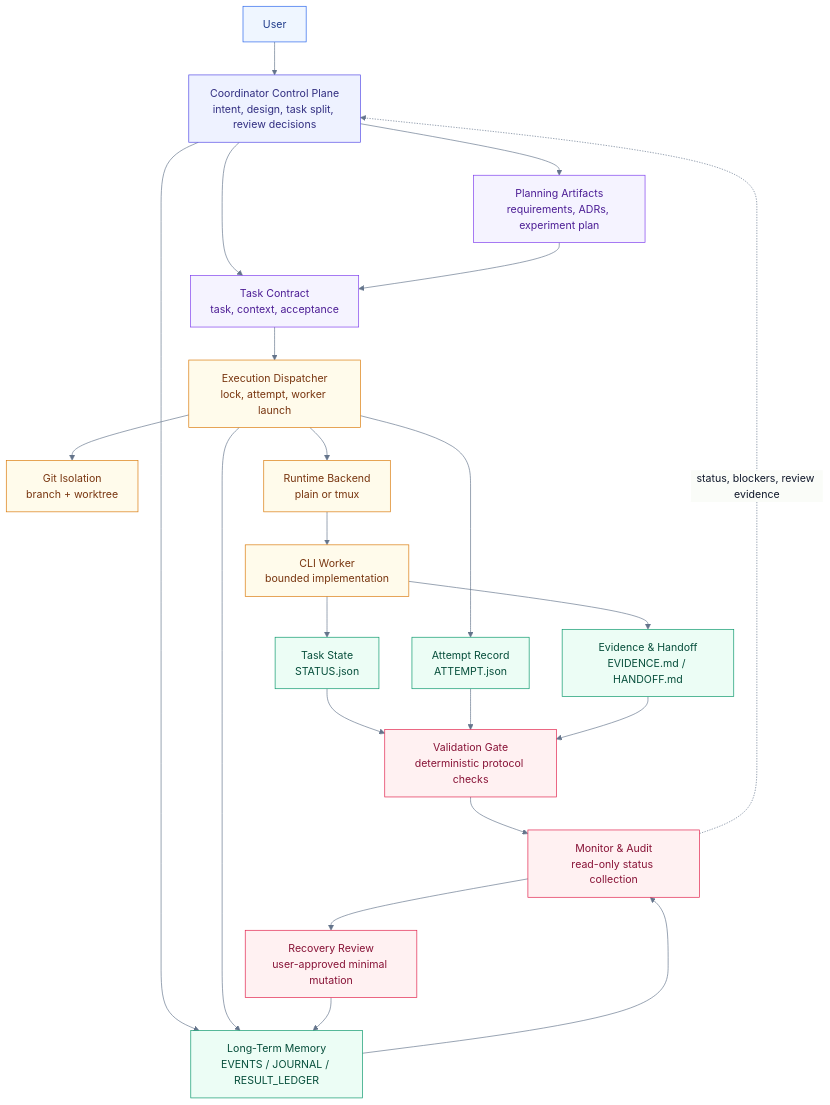
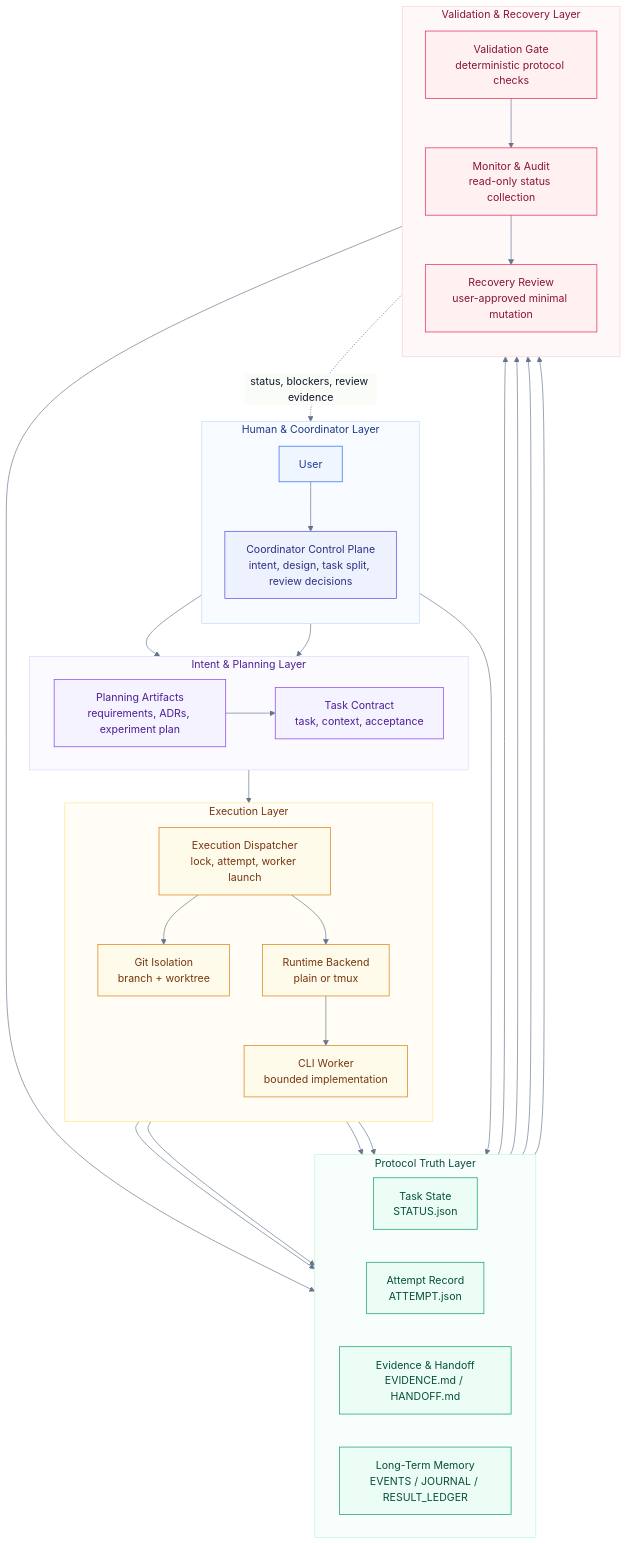
The first of 2 diagrams in README.md (LKCY23/research-dev-orchestrator), drawn with Mermaid before and after one commit.

Commit message:
Group README architecture diagram by layer

````diff
--- a/README.md
+++ b/README.md
@@ -56,48 +56,73 @@
 ```mermaid
 %%{init: {"theme":"base","themeVariables":{"fontFamily":"Inter, ui-sans-serif, system-ui","primaryColor":"#f8fafc","primaryTextColor":"#0f172a","primaryBorderColor":"#cbd5e1","lineColor":"#64748b","tertiaryColor":"#ffffff"}}}%%
 flowchart TB
-  U["User"]:::human
-  C["Coordinator Control Plane<br/>intent, design, task split, review decisions"]:::coord
-  P["Planning Artifacts<br/>requirements, ADRs, experiment plan"]:::planning
-  T["Task Contract<br/>task, context, acceptance"]:::planning
-  D["Execution Dispatcher<br/>lock, attempt, worker launch"]:::exec
-  G["Git Isolation<br/>branch + worktree"]:::exec
-  B["Runtime Backend<br/>plain or tmux"]:::exec
-  W["CLI Worker<br/>bounded implementation"]:::exec
-  S["Task State<br/>STATUS.json"]:::truth
-  A["Attempt Record<br/>ATTEMPT.json"]:::truth
-  H["Evidence & Handoff<br/>EVIDENCE.md / HANDOFF.md"]:::truth
-  M["Long-Term Memory<br/>EVENTS / JOURNAL / RESULT_LEDGER"]:::truth
-  V["Validation Gate<br/>deterministic protocol checks"]:::validate
-  O["Monitor & Audit<br/>read-only status collection"]:::validate
-  R["Recovery Review<br/>user-approved minimal mutation"]:::validate
+  subgraph L1["Human & Coordinator Layer"]
+    direction TB
+    U["User"]:::human
+    C["Coordinator Control Plane<br/>intent, design, task split, review decisions"]:::coord
+    U --> C
+  end
 
-  U --> C
+  subgraph L2["Intent & Planning Layer"]
+    direction LR
+    P["Planning Artifacts<br/>requirements, ADRs, experiment plan"]:::planning
+    T["Task Contract<br/>task, context, acceptance"]:::planning
+    P --> T
+  end
+
+  subgraph L3["Execution Layer"]
+    direction TB
+    D["Execution Dispatcher<br/>lock, attempt, worker launch"]:::exec
+    G["Git Isolation<br/>branch + worktree"]:::exec
+    B["Runtime Backend<br/>plain or tmux"]:::exec
+    W["CLI Worker<br/>bounded implementation"]:::exec
+    D --> G
+    D --> B
+    B --> W
+  end
+
+  subgraph L4["Protocol Truth Layer"]
+    direction LR
+    S["Task State<br/>STATUS.json"]:::truth
+    A["Attempt Record<br/>ATTEMPT.json"]:::truth
+    H["Evidence & Handoff<br/>EVIDENCE.md / HANDOFF.md"]:::truth
+    M["Long-Term Memory<br/>EVENTS / JOURNAL / RESULT_LEDGER"]:::truth
+  end
+
+  subgraph L5["Validation & Recovery Layer"]
+    direction TB
+    V["Validation Gate<br/>deterministic protocol checks"]:::validate
+    O["Monitor & Audit<br/>read-only status collection"]:::validate
+    R["Recovery Review<br/>user-approved minimal mutation"]:::validate
+    V --> O
+    O --> R
+  end
+
   C --> P
   C --> T
-  P --> T
   T --> D
-  D --> G
-  D --> B
-  B --> W
   D --> A
+  D --> M
   W --> S
   W --> H
   C --> M
-  D --> M
   S --> V
   A --> V
   H --> V
-  V --> O
   M --> O
-  O --> R
   O -. "status, blockers, review evidence" .-> C
   R --> M
 
   classDef human fill:#eff6ff,stroke:#2563eb,color:#1e3a8a;
   classDef coord fill:#eef2ff,stroke:#4f46e5,color:#312e81;
   classDef planning fill:#f5f3ff,stroke:#7c3aed,color:#4c1d95;
   classDef exec fill:#fffbeb,stroke:#d97706,color:#78350f;
   classDef truth fill:#ecfdf5,stroke:#059669,color:#064e3b;
   classDef validate fill:#fff1f2,stroke:#e11d48,color:#881337;
+
+  style L1 fill:#f8fbff,stroke:#bfdbfe,stroke-width:1px,color:#1e3a8a;
+  style L2 fill:#fbfaff,stroke:#ddd6fe,stroke-width:1px,color:#4c1d95;
+  style L3 fill:#fffdf5,stroke:#fde68a,stroke-width:1px,color:#78350f;
+  style L4 fill:#f7fefb,stroke:#bbf7d0,stroke-width:1px,color:#064e3b;
+  style L5 fill:#fff8f9,stroke:#fecdd3,stroke-width:1px,color:#881337;
 ```
````
